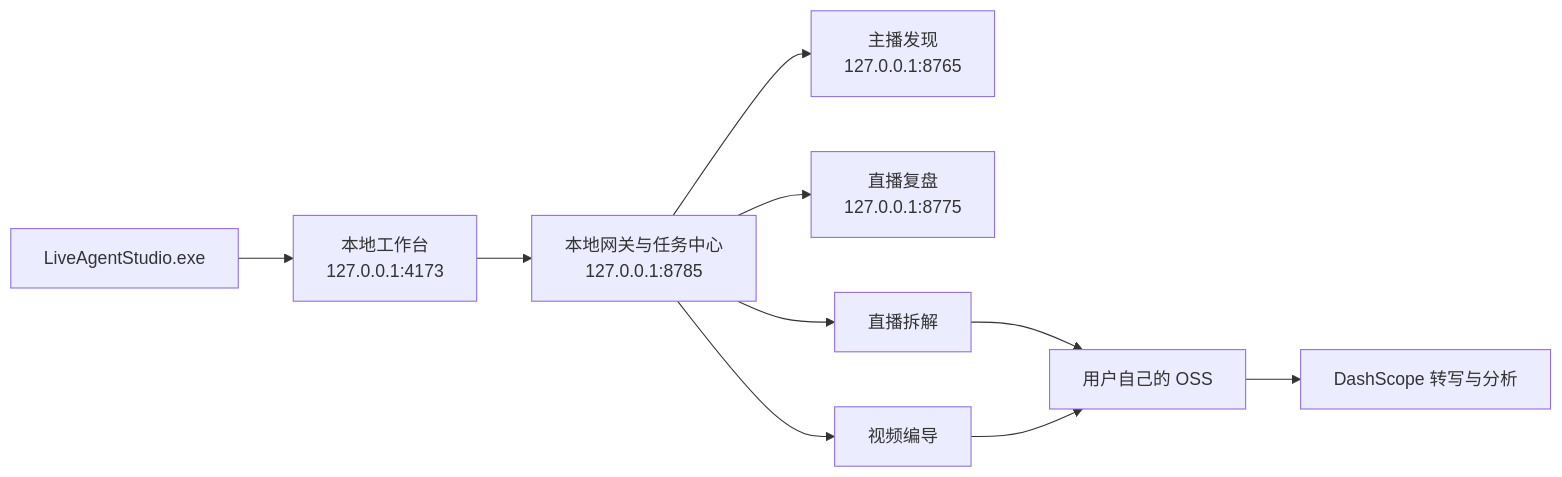
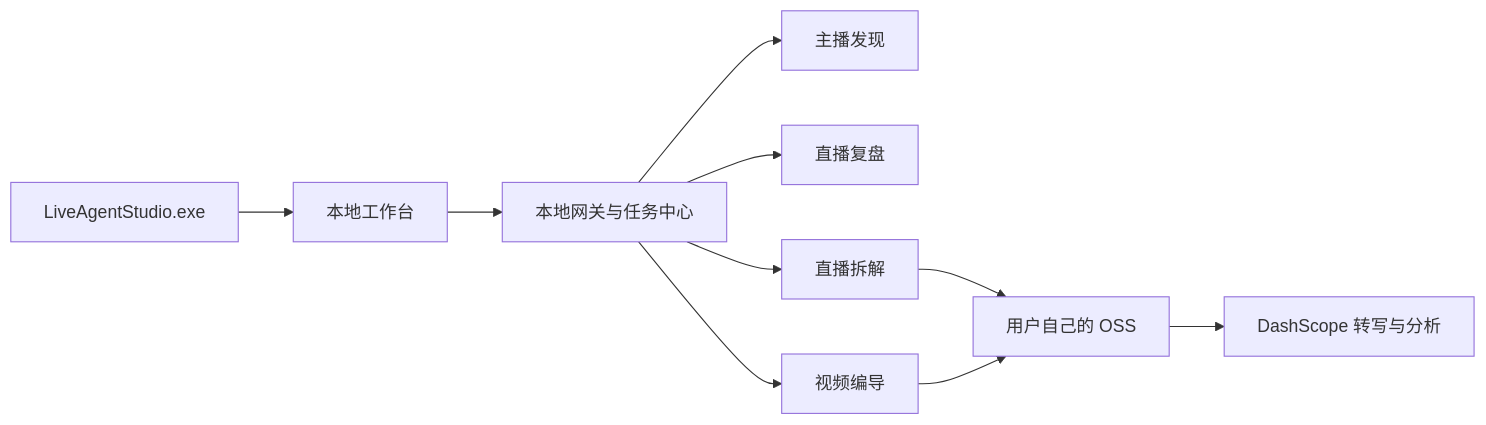
The diagram in README.md (HanyuanWang/LiveStream-Agent-Studio), drawn with Mermaid before and after one commit.

````diff
--- a/README.md
+++ b/README.md
@@ -196,12 +196,12 @@
 ```mermaid
 flowchart LR
-    EXE[LiveAgentStudio.exe] --> UI[本地工作台<br/>127.0.0.1:4173]
-    UI --> GW[本地网关与任务中心<br/>127.0.0.1:8785]
-    GW --> Scout[主播发现<br/>127.0.0.1:8765]
-    GW --> Retro[直播复盘<br/>127.0.0.1:8775]
+    EXE[LiveAgentStudio.exe] --> UI[本地工作台]
+    UI --> GW[本地网关与任务中心]
+    GW --> Scout[主播发现]
+    GW --> Retro[直播复盘]
     GW --> Breakdown[直播拆解]
     GW --> Director[视频编导]
     Breakdown --> OSS[用户自己的 OSS]
     Director --> OSS
     OSS --> Qwen[DashScope 转写与分析]
 ```
````
